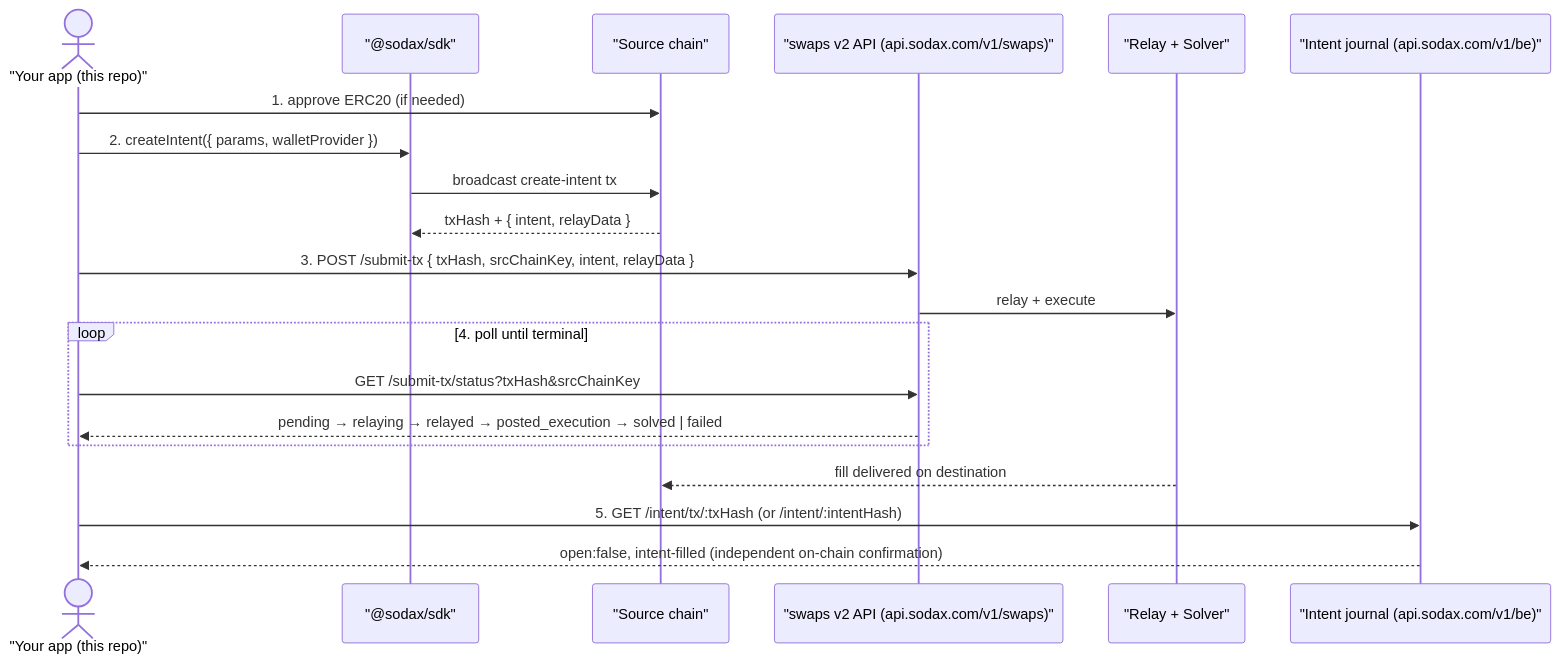
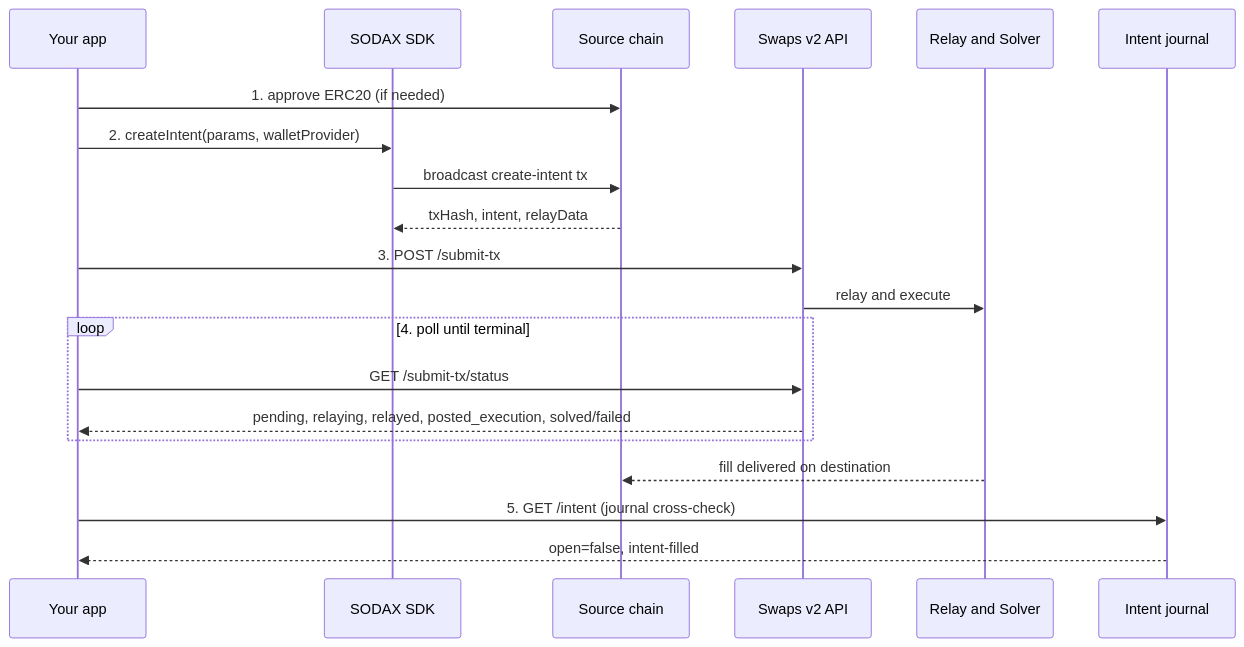
The diagram in README.md (icon-project/poc-swap-intent-sender), drawn with Mermaid before and after one commit. The commit also changed other lines of this file, not shown here.

Commit message:
Fix Architecture mermaid diagram so it renders on GitHub
Quoted participant labels, curly braces, a pipe, and unicode arrows all
break GitHub's mermaid parser and blanked the whole diagram. Rewrite with
plain participant labels and simple message text; move endpoint URLs to a
caption below the diagram.

````diff
--- a/README.md
+++ b/README.md
@@ -135,23 +135,23 @@
 ```mermaid
 sequenceDiagram
-    actor U as "Your app (this repo)"
-    participant SDK as "@sodax/sdk"
-    participant Chain as "Source chain"
-    participant API as "swaps v2 API (api.sodax.com/v1/swaps)"
-    participant Solver as "Relay + Solver"
-    participant J as "Intent journal (api.sodax.com/v1/be)"
+    participant U as Your app
+    participant SDK as SODAX SDK
+    participant Chain as Source chain
+    participant API as Swaps v2 API
+    participant Solver as Relay and Solver
+    participant J as Intent journal
 
     U->>Chain: 1. approve ERC20 (if needed)
-    U->>SDK: 2. createIntent({ params, walletProvider })
+    U->>SDK: 2. createIntent(params, walletProvider)
     SDK->>Chain: broadcast create-intent tx
-    Chain-->>SDK: txHash + { intent, relayData }
-    U->>API: 3. POST /submit-tx { txHash, srcChainKey, intent, relayData }
-    API->>Solver: relay + execute
+    Chain-->>SDK: txHash, intent, relayData
+    U->>API: 3. POST /submit-tx
+    API->>Solver: relay and execute
     loop 4. poll until terminal
-        U->>API: GET /submit-tx/status?txHash&srcChainKey
-        API-->>U: pending → relaying → relayed → posted_execution → solved | failed
+        U->>API: GET /submit-tx/status
+        API-->>U: pending, relaying, relayed, posted_execution, solved/failed
     end
     Solver-->>Chain: fill delivered on destination
-    U->>J: 5. GET /intent/tx/:txHash (or /intent/:intentHash)
-    J-->>U: open:false, intent-filled (independent on-chain confirmation)
+    U->>J: 5. GET /intent (journal cross-check)
+    J-->>U: open=false, intent-filled
 ```
````
